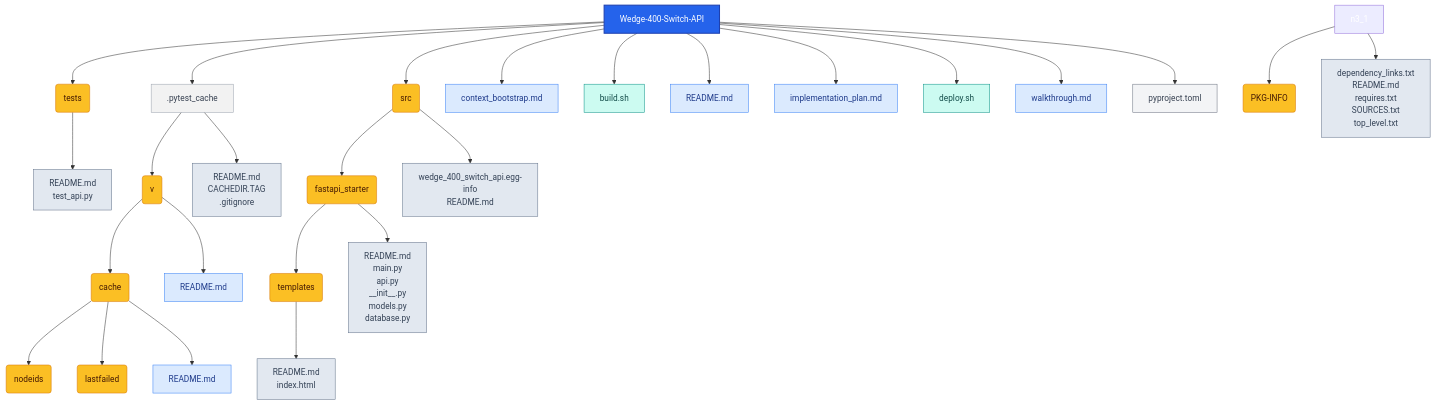
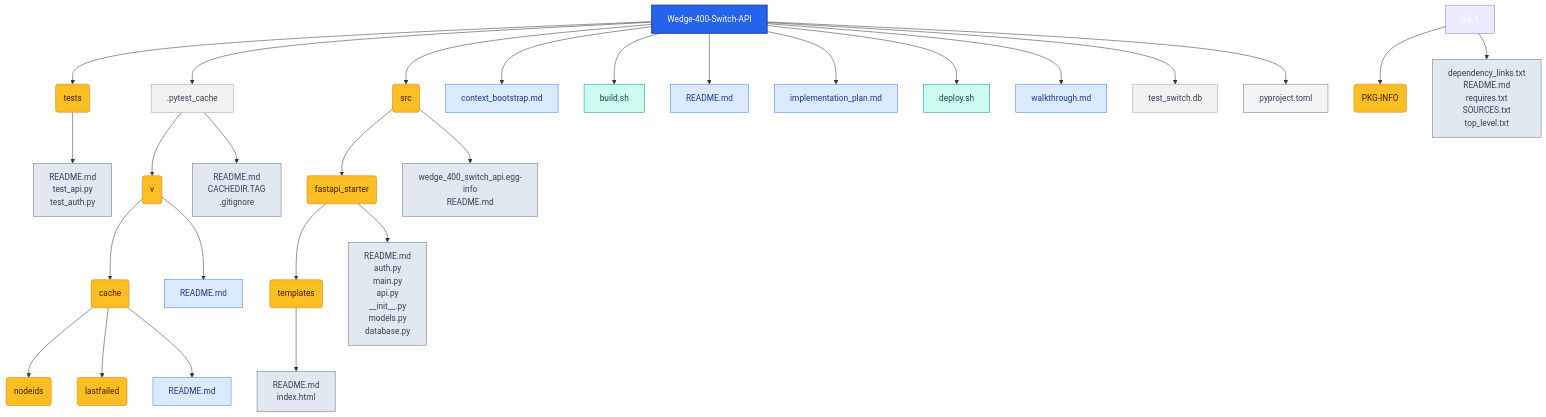
The diagram in projects/Wedge-400-Switch-API/README.md (Richie086/scripts-public), drawn with Mermaid before and after one commit. The commit also changed 9 other files, not shown here.

````diff
--- a/projects/Wedge-400-Switch-API/README.md
+++ b/projects/Wedge-400-Switch-API/README.md
@@ -11,35 +11,36 @@
 ```mermaid
 graph TD
 	root["Wedge-400-Switch-API"]:::root --> n1("tests"):::folder
 	root["Wedge-400-Switch-API"]:::root --> n2[".pytest_cache"]:::file-other
 	root["Wedge-400-Switch-API"]:::root --> n3("src"):::folder
 	root["Wedge-400-Switch-API"]:::root --> n4["context_bootstrap.md"]:::file-md
 	root["Wedge-400-Switch-API"]:::root --> n5["build.sh"]:::file-sh
 	root["Wedge-400-Switch-API"]:::root --> n6["README.md"]:::file-md
 	root["Wedge-400-Switch-API"]:::root --> n7["implementation_plan.md"]:::file-md
 	root["Wedge-400-Switch-API"]:::root --> n8["deploy.sh"]:::file-sh
 	root["Wedge-400-Switch-API"]:::root --> n9["walkthrough.md"]:::file-md
-	root["Wedge-400-Switch-API"]:::root --> n10["pyproject.toml"]:::file-config
+	root["Wedge-400-Switch-API"]:::root --> n10["test_switch.db"]:::file-other
+	root["Wedge-400-Switch-API"]:::root --> n11["pyproject.toml"]:::file-config
 	n2 --> n2_1("v"):::folder
-	n1 --> n1_2["README.md<br>test_api.py"]:::file-bundle
+	n1 --> n1_3["README.md<br>test_api.py<br>test_auth.py"]:::file-bundle
 	n2 --> n2_4["README.md<br>CACHEDIR.TAG<br>.gitignore"]:::file-bundle
 	n3 --> n3_2("fastapi_starter"):::folder
 	n3 --> n3_3["wedge_400_switch_api.egg-info<br>README.md"]:::file-bundle
 	n2_1 --> n2_1_1("cache"):::folder
 	n2_1 --> n2_1_2["README.md"]:::file-md
 	n3_1 --> n3_1_4("PKG-INFO"):::folder
 	n3_2 --> n3_2_1("templates"):::folder
 	n3_1 --> n3_1_6["dependency_links.txt<br>README.md<br>requires.txt<br>SOURCES.txt<br>top_level.txt"]:::file-bundle
-	n3_2 --> n3_2_7["README.md<br>main.py<br>api.py<br>__init__.py<br>models.py<br>database.py"]:::file-bundle
+	n3_2 --> n3_2_8["README.md<br>auth.py<br>main.py<br>api.py<br>__init__.py<br>models.py<br>database.py"]:::file-bundle
 	n2_1_1 --> n2_1_1_2("nodeids"):::folder
 	n2_1_1 --> n2_1_1_3("lastfailed"):::folder
 	n2_1_1 --> n2_1_1_1["README.md"]:::file-md
 	n3_2_1 --> n3_2_1_2["README.md<br>index.html"]:::file-bundle
 classDef root fill:#2563eb,stroke:#1e40af,stroke-width:2px,color:#ffffff;
 classDef folder fill:#fbbf24,stroke:#d97706,stroke-width:1px,color:#451a03;
 classDef file-bundle fill:#e2e8f0,stroke:#64748b,stroke-width:1px,color:#334155;
 classDef file-config fill:#f3f4f6,stroke:#6b7280,stroke-width:1px,color:#374151;
 classDef file-md fill:#dbeafe,stroke:#3b82f6,stroke-width:1px,color:#1e3a8a;
 classDef file-other fill:#f2f2f2,stroke:#9ca3af,stroke-width:1px,color:#374151;
 classDef file-sh fill:#ccfbf1,stroke:#0d9488,stroke-width:1px,color:#134e4a;
 ```
````
